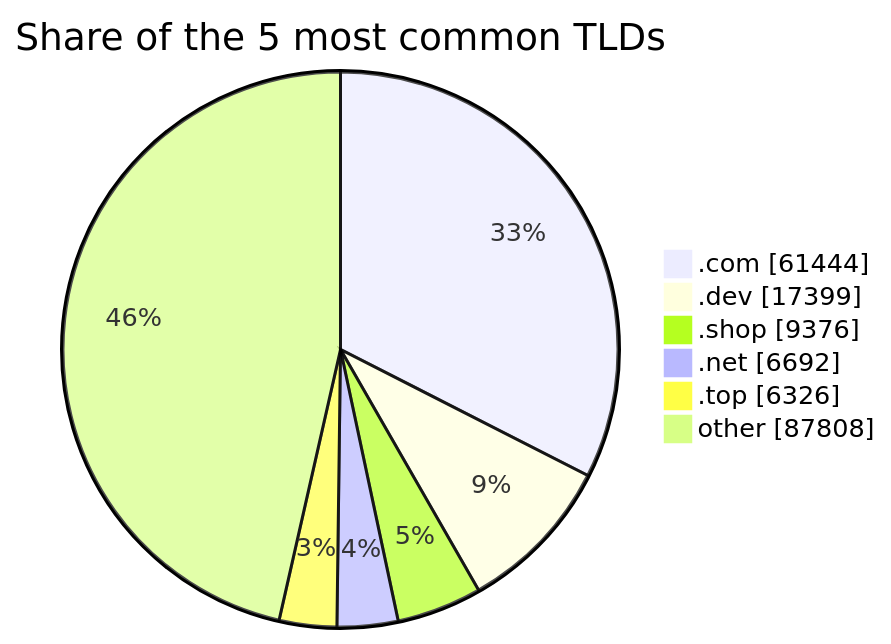
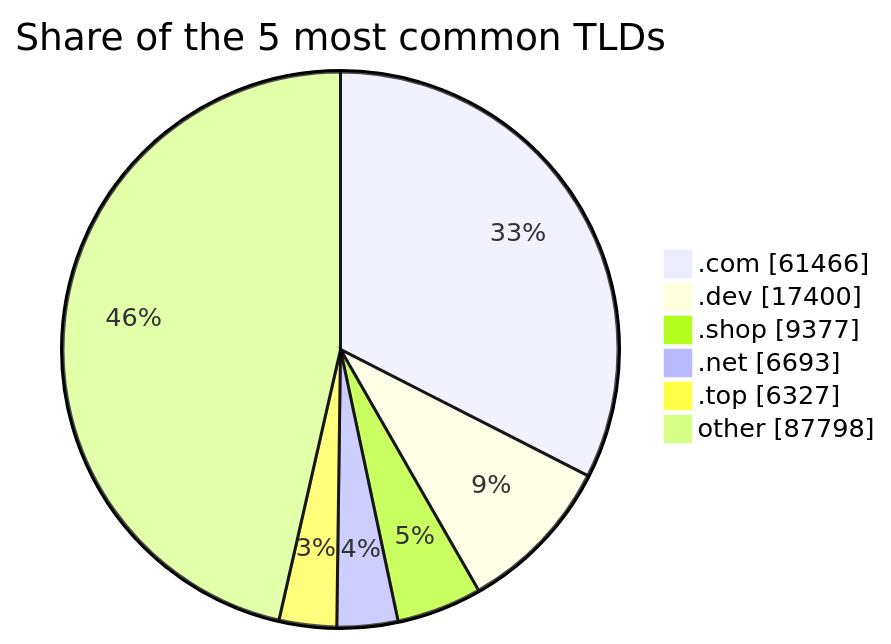
One commit to DNSBunker/CTI changed the third of 3 diagrams in README.md. Above: the diagram before and after it, drawn with Mermaid. The commit also changed other lines of this file and 3 other files, not shown here.

````diff
--- a/README.md
+++ b/README.md
@@ -81,9 +81,9 @@
 ```mermaid
 pie showData title Share of the 5 most common TLDs
-    ".com" : 61444
-    ".dev" : 17399
-    ".shop" : 9376
-    ".net" : 6692
-    ".top" : 6326
-    "other" : 87808
+    ".com" : 61466
+    ".dev" : 17400
+    ".shop" : 9377
+    ".net" : 6693
+    ".top" : 6327
+    "other" : 87798
 ```
````
